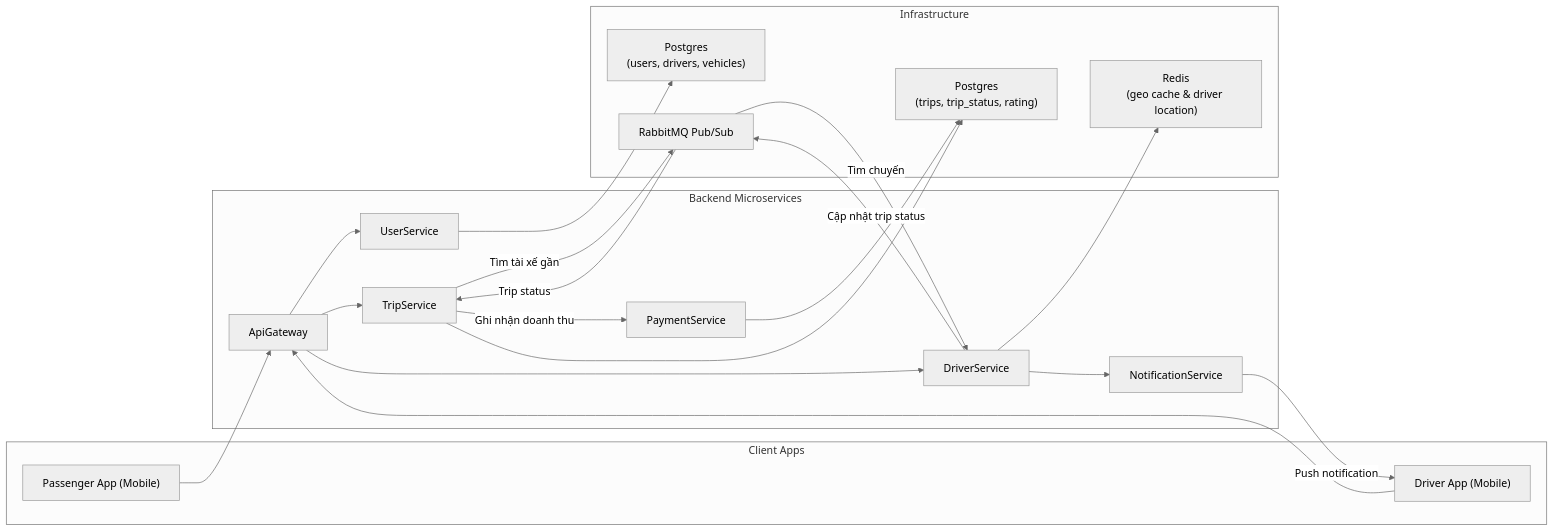
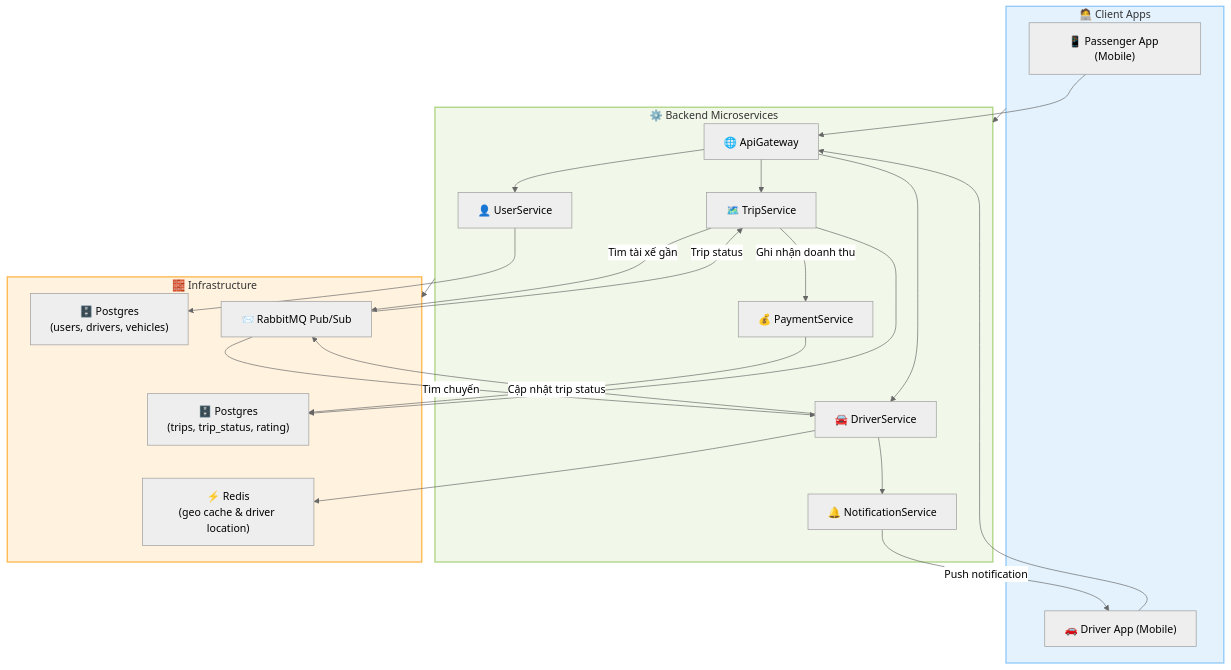
Before and after one commit to LeVanHuy84/uit-go-project: the diagram in ARCHITECTURE.md, drawn with Mermaid (neutral theme).

````diff
--- a/ARCHITECTURE.md
+++ b/ARCHITECTURE.md
@@ -63,51 +63,58 @@
 ```mermaid
-flowchart LR
+flowchart TD
   %% CLIENT LAYER
-  subgraph Clients["Client Apps"]
-    Passenger["Passenger App (Mobile)"]
-    DriverApp["Driver App (Mobile)"]
+  subgraph Clients["🧑‍💻 Client Apps"]
+    Passenger["📱 Passenger App (Mobile)"]
+    DriverApp["🚗 Driver App (Mobile)"]
   end
 
   %% SERVICE LAYER
-  subgraph Services["Backend Microservices"]
-    ApiGateway["ApiGateway"]
-    UserSvc["UserService"]
-    TripSvc["TripService"]
-    DriverSvc["DriverService"]
-    NotificationSvc["NotificationService"]
-    PaymentSvc["PaymentService"]
+  subgraph Services["⚙️ Backend Microservices"]
+    ApiGateway["🌐 ApiGateway"]
+    UserSvc["👤 UserService"]
+    TripSvc["🗺️ TripService"]
+    DriverSvc["🚘 DriverService"]
+    NotificationSvc["🔔 NotificationService"]
+    PaymentSvc["💰 PaymentService"]
   end
 
   %% INFRASTRUCTURE
-  subgraph Infra["Infrastructure"]
-    PostgresUser["Postgres<br/>(users, drivers, vehicles)"]
-    PostgresTrip["Postgres<br/>(trips, trip_status, rating)"]
-    RedisGeo["Redis<br/>(geo cache & driver location)"]
-    MQ["RabbitMQ Pub/Sub"]
+  subgraph Infra["🧱 Infrastructure"]
+    PostgresUser["🗄️ Postgres<br/>(users, drivers, vehicles)"]
+    PostgresTrip["🗄️ Postgres<br/>(trips, trip_status, rating)"]
+    RedisGeo["⚡ Redis<br/>(geo cache & driver location)"]
+    MQ["📨 RabbitMQ Pub/Sub"]
   end
 
   %% RELATIONS
   Passenger --> ApiGateway
   DriverApp --> ApiGateway
 
   ApiGateway --> UserSvc
   ApiGateway --> TripSvc
   ApiGateway --> DriverSvc
 
   TripSvc -->|Tìm tài xế gần| MQ
   MQ --> |Tìm chuyến| DriverSvc
   DriverSvc --> |Cập nhật trip status| MQ
   MQ --> |Trip status| TripSvc
 
   DriverSvc --> RedisGeo
   DriverSvc --> NotificationSvc
   NotificationSvc -->|Push notification| DriverApp
 
   UserSvc --> PostgresUser
 
   TripSvc -->|Ghi nhận doanh thu| PaymentSvc
   PaymentSvc --> PostgresTrip
 
   TripSvc --> PostgresTrip
 
+  %% ALIGNMENT HINTS
+  Clients:::top --> Services:::middle --> Infra:::bottom
+
+  classDef top fill:#e3f2fd,stroke:#90caf9,stroke-width:2px;
+  classDef middle fill:#f1f8e9,stroke:#aed581,stroke-width:2px;
+  classDef bottom fill:#fff3e0,stroke:#ffb74d,stroke-width:2px;
+
 ```
````
